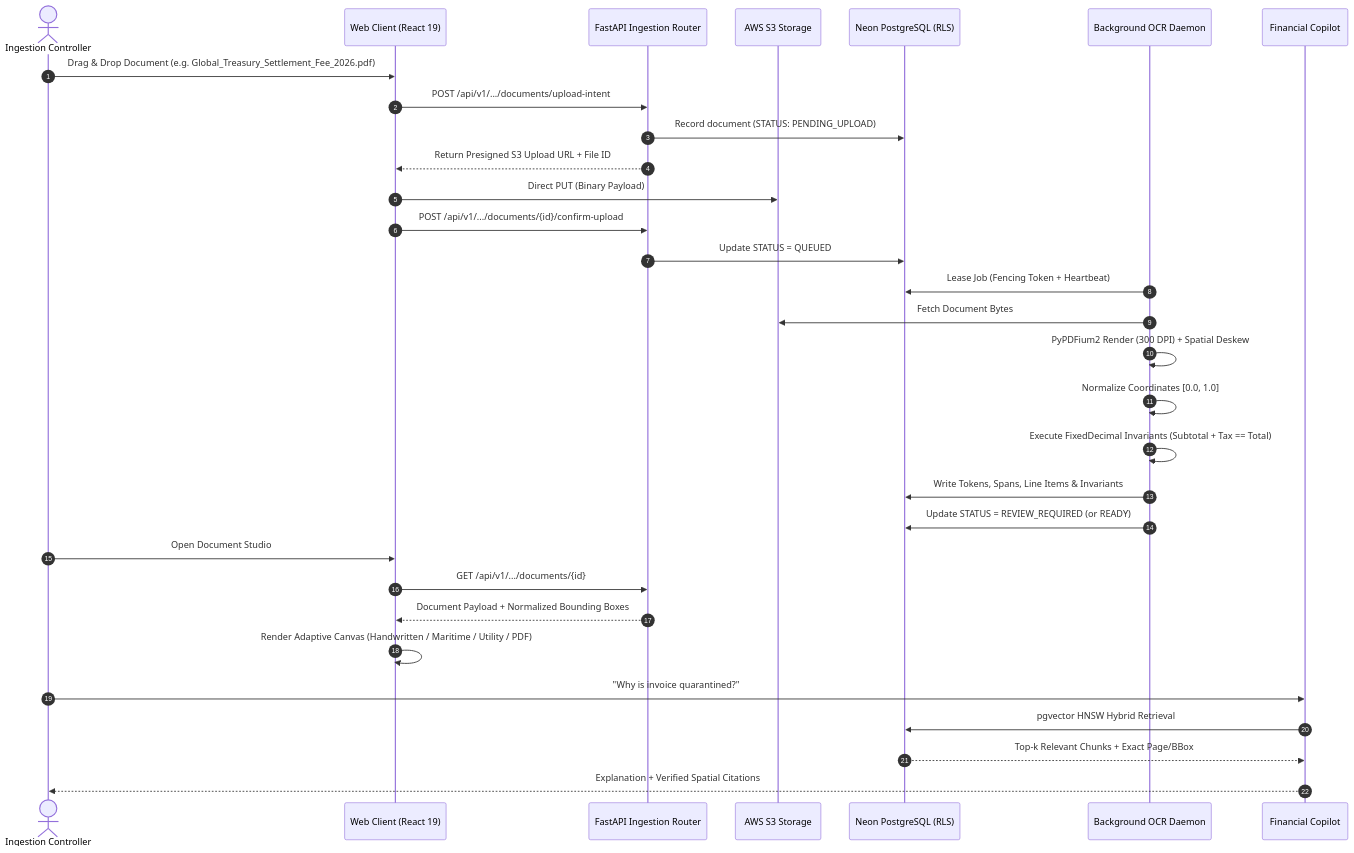
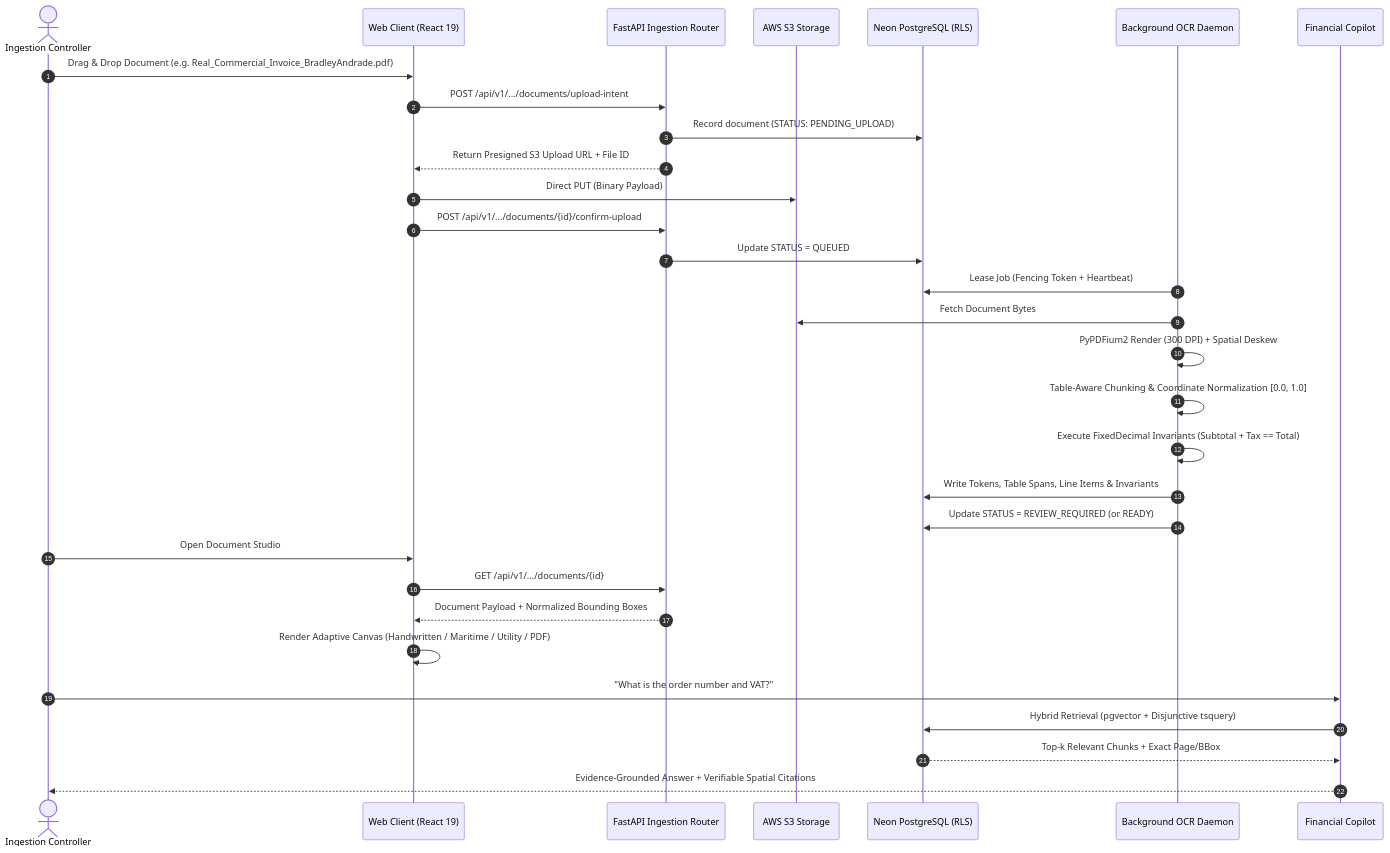
The third of 8 diagrams in README.md (GuptaHarsh7706/LedgerOne), drawn with Mermaid before and after one commit. The commit also changed other lines of this file, not shown here.

Commit message:
docs(readme): comprehensive update for benchmark v4.2.0, table-aware rag, groq provider, and ci/cd test matrix

````diff
--- a/README.md
+++ b/README.md
@@ -140,37 +154,37 @@
 ```mermaid
 sequenceDiagram
     autonumber
     actor User as Ingestion Controller
     participant Client as Web Client (React 19)
     participant API as FastAPI Ingestion Router
     participant S3 as AWS S3 Storage
     participant DB as Neon PostgreSQL (RLS)
     participant Worker as Background OCR Daemon
     participant Copilot as Financial Copilot
 
-    User->>Client: Drag & Drop Document (e.g. Global_Treasury_Settlement_Fee_2026.pdf)
+    User->>Client: Drag & Drop Document (e.g. Real_Commercial_Invoice_BradleyAndrade.pdf)
     Client->>API: POST /api/v1/.../documents/upload-intent
     API->>DB: Record document (STATUS: PENDING_UPLOAD)
     API-->>Client: Return Presigned S3 Upload URL + File ID
     Client->>S3: Direct PUT (Binary Payload)
     Client->>API: POST /api/v1/.../documents/{id}/confirm-upload
     API->>DB: Update STATUS = QUEUED
 
     Worker->>DB: Lease Job (Fencing Token + Heartbeat)
     Worker->>S3: Fetch Document Bytes
     Worker->>Worker: PyPDFium2 Render (300 DPI) + Spatial Deskew
-    Worker->>Worker: Normalize Coordinates [0.0, 1.0]
+    Worker->>Worker: Table-Aware Chunking & Coordinate Normalization [0.0, 1.0]
     Worker->>Worker: Execute FixedDecimal Invariants (Subtotal + Tax == Total)
-    Worker->>DB: Write Tokens, Spans, Line Items & Invariants
+    Worker->>DB: Write Tokens, Table Spans, Line Items & Invariants
     Worker->>DB: Update STATUS = REVIEW_REQUIRED (or READY)
 
     User->>Client: Open Document Studio
     Client->>API: GET /api/v1/.../documents/{id}
     API-->>Client: Document Payload + Normalized Bounding Boxes
     Client->>Client: Render Adaptive Canvas (Handwritten / Maritime / Utility / PDF)
 
-    User->>Copilot: "Why is invoice quarantined?"
-    Copilot->>DB: pgvector HNSW Hybrid Retrieval
+    User->>Copilot: "What is the order number and VAT?"
+    Copilot->>DB: Hybrid Retrieval (pgvector + Disjunctive tsquery)
     DB-->>Copilot: Top-k Relevant Chunks + Exact Page/BBox
-    Copilot-->>User: Explanation + Verified Spatial Citations
+    Copilot-->>User: Evidence-Grounded Answer + Verifiable Spatial Citations
 ```
````
